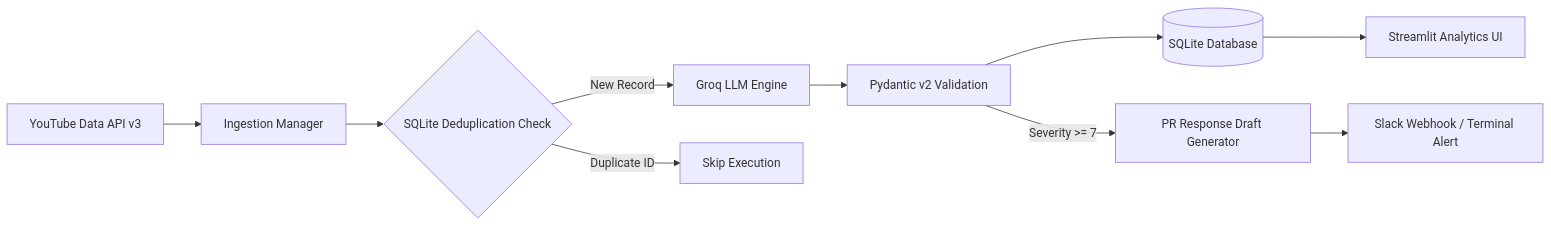
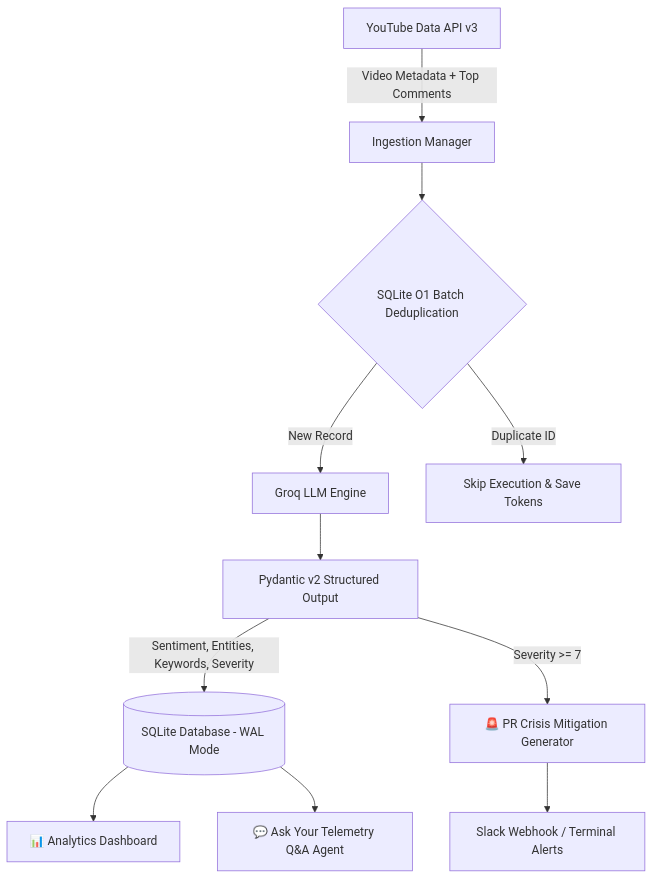
One commit to WafeeqAthaaullah/brand-sentiment-monitor changed the diagram in README.md. Above: the diagram before and after it, drawn with Mermaid. The commit also changed other lines of this file and 12 other files, not shown here.

Commit message:
add comment ingestion,  fix Q&A agent, and update README

````diff
--- a/README.md
+++ b/README.md
@@ -15,12 +16,13 @@
 ```mermaid
-flowchart LR
-    A[YouTube Data API v3] --> B[Ingestion Manager]
-    B --> C{SQLite Deduplication Check}
+flowchart TD
+    A[YouTube Data API v3] -->|Video Metadata + Top Comments| B[Ingestion Manager]
+    B --> C{SQLite O1 Batch Deduplication}
     C -->|New Record| D[Groq LLM Engine]
-    C -->|Duplicate ID| E[Skip Execution]
-    D --> F[Pydantic v2 Validation]
-    F --> G[(SQLite Database)]
-    G --> H[Streamlit Analytics UI]
-    F -->|Severity >= 7| I[PR Response Draft Generator]
-    I --> J[Slack Webhook / Terminal Alert]
+    C -->|Duplicate ID| E[Skip Execution & Save Tokens]
+    D --> F[Pydantic v2 Structured Output]
+    F -->|Sentiment, Entities, Keywords, Severity| G[(SQLite Database - WAL Mode)]
+    G --> H[📊 Analytics Dashboard]
+    G --> I[💬 Ask Your Telemetry Q&A Agent]
+    F -->|Severity >= 7| J[🚨 PR Crisis Mitigation Generator]
+    J --> K[Slack Webhook / Terminal Alerts]
 ```
````
